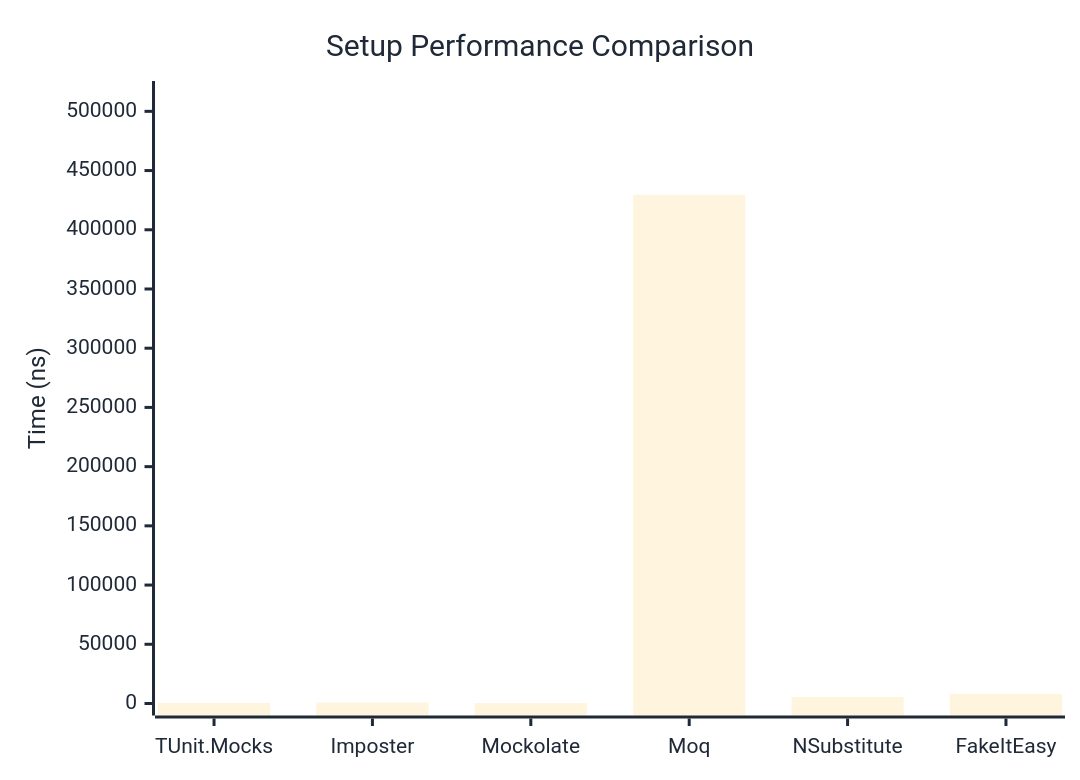
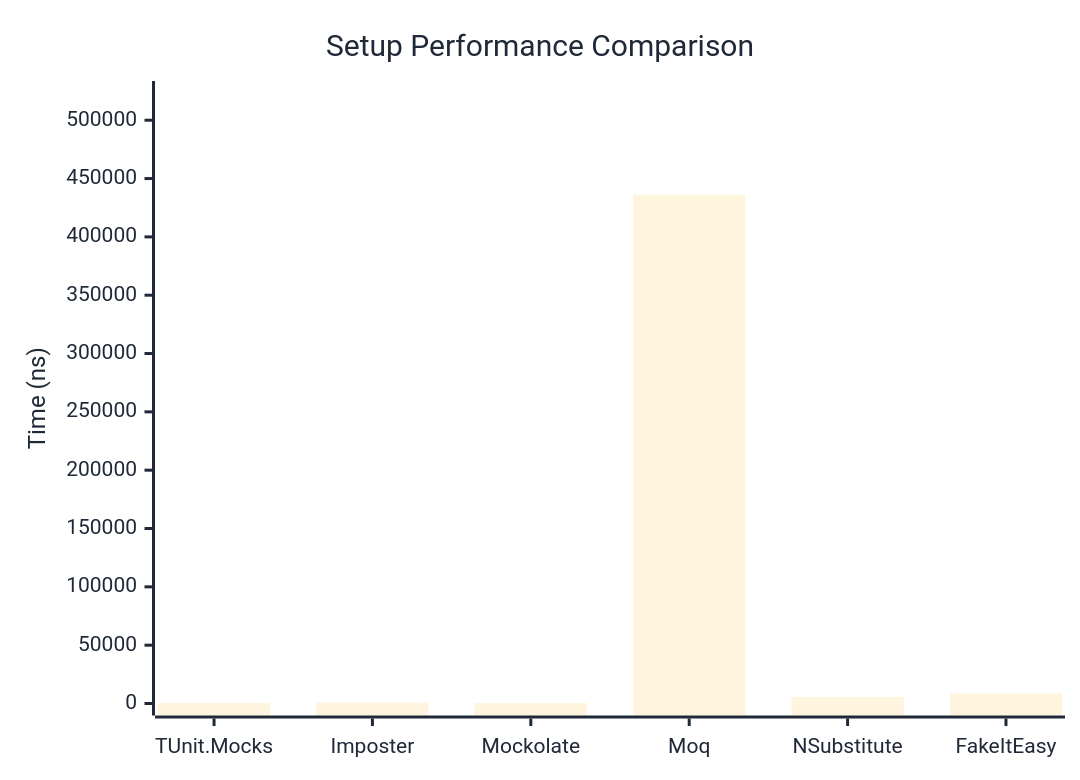
The first of 2 diagrams in docs/docs/benchmarks/mocks/Setup.md (thomhurst/TUnit), drawn with Mermaid before and after one commit. The commit also changed other lines of this file and 14 other files, not shown here.

````diff
--- a/docs/docs/benchmarks/mocks/Setup.md
+++ b/docs/docs/benchmarks/mocks/Setup.md
@@ -30,27 +30,27 @@
 ```mermaid
 %%{init: {
   'theme':'base',
   'themeVariables': {
     'primaryColor': '#2563eb',
     'primaryTextColor': '#1f2937',
     'primaryBorderColor': '#1e40af',
     'lineColor': '#6b7280',
     'secondaryColor': '#7c3aed',
     'tertiaryColor': '#dc2626',
     'background': '#ffffff',
     'pie1': '#2563eb',
     'pie2': '#7c3aed',
     'pie3': '#dc2626',
     'pie4': '#f59e0b',
     'pie5': '#10b981',
     'pie6': '#06b6d4',
     'pie7': '#ec4899',
     'pie8': '#6366f1'
   }
 }}%%
 xychart-beta
   title "Setup Performance Comparison"
   x-axis ["TUnit.Mocks", "Imposter", "Mockolate", "Moq", "NSubstitute", "FakeItEasy"]
-  y-axis "Time (ns)" 0 --> 515487
-  bar [514.9, 797.9, 313.6, 429572.3, 5535.1, 8102.7]
+  y-axis "Time (ns)" 0 --> 523328
+  bar [531.7, 845.7, 333.5, 436106.3, 5746.9, 8596.5]
 ```
````
